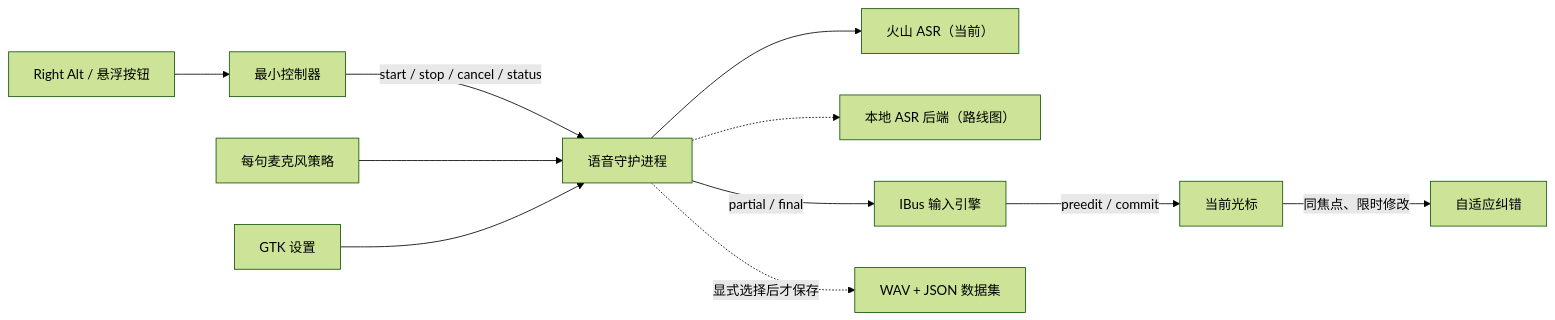
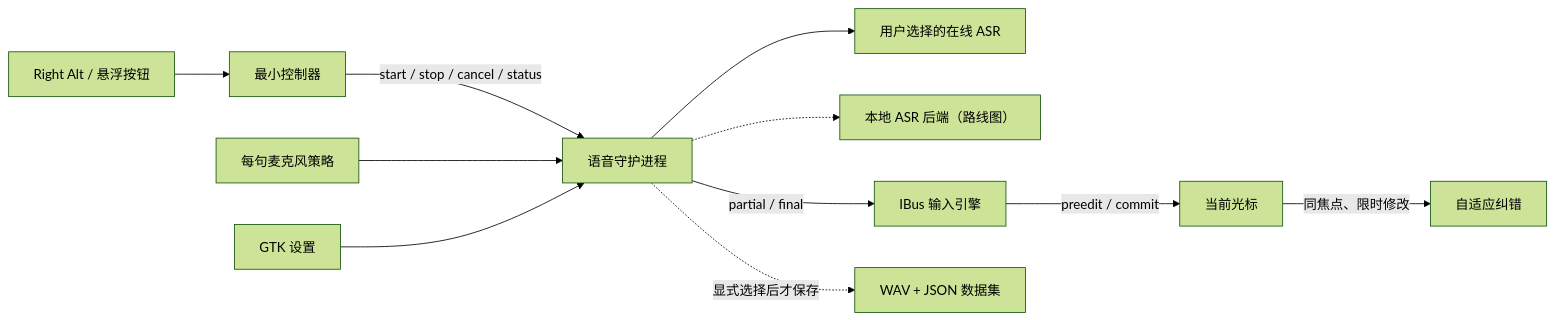
Before and after one commit to SidUParis/openVoiceInput_linux: the diagram in docs/product-launch-plan.zh-CN.md, drawn with Mermaid (forest theme). The commit also changed other lines of this file and 63 other files, not shown here.

````diff
--- a/docs/product-launch-plan.zh-CN.md
+++ b/docs/product-launch-plan.zh-CN.md
@@ -24,13 +25,13 @@
 ```mermaid
 flowchart LR
     H["Right Alt / 悬浮按钮"] --> C["最小控制器"]
     C -->|"start / stop / cancel / status"| V["语音守护进程"]
     P["每句麦克风策略"] --> V
-    V --> A["火山 ASR（当前）"]
+    V --> A["用户选择的在线 ASR"]
     V -.-> L["本地 ASR 后端（路线图）"]
     V -->|"partial / final"| I["IBus 输入引擎"]
     I -->|"preedit / commit"| F["当前光标"]
     F -->|"同焦点、限时修改"| R["自适应纠错"]
     V -.->|"显式选择后才保存"| D["WAV + JSON 数据集"]
     S["GTK 设置"] --> V
 ```
````
